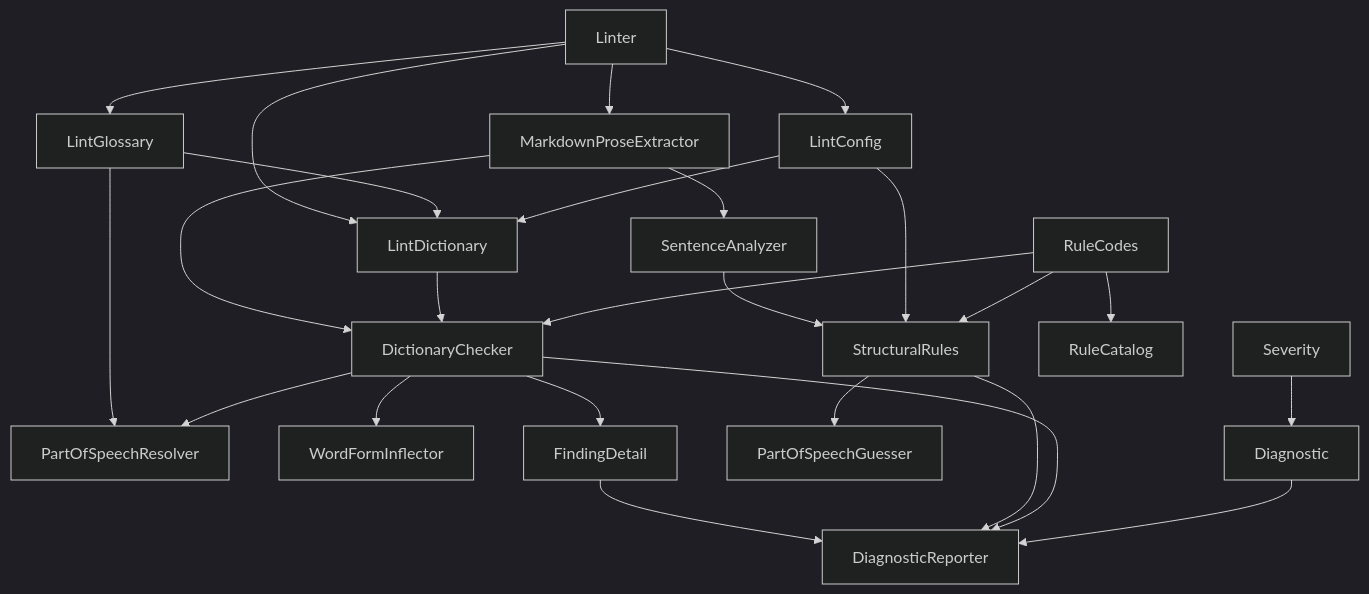
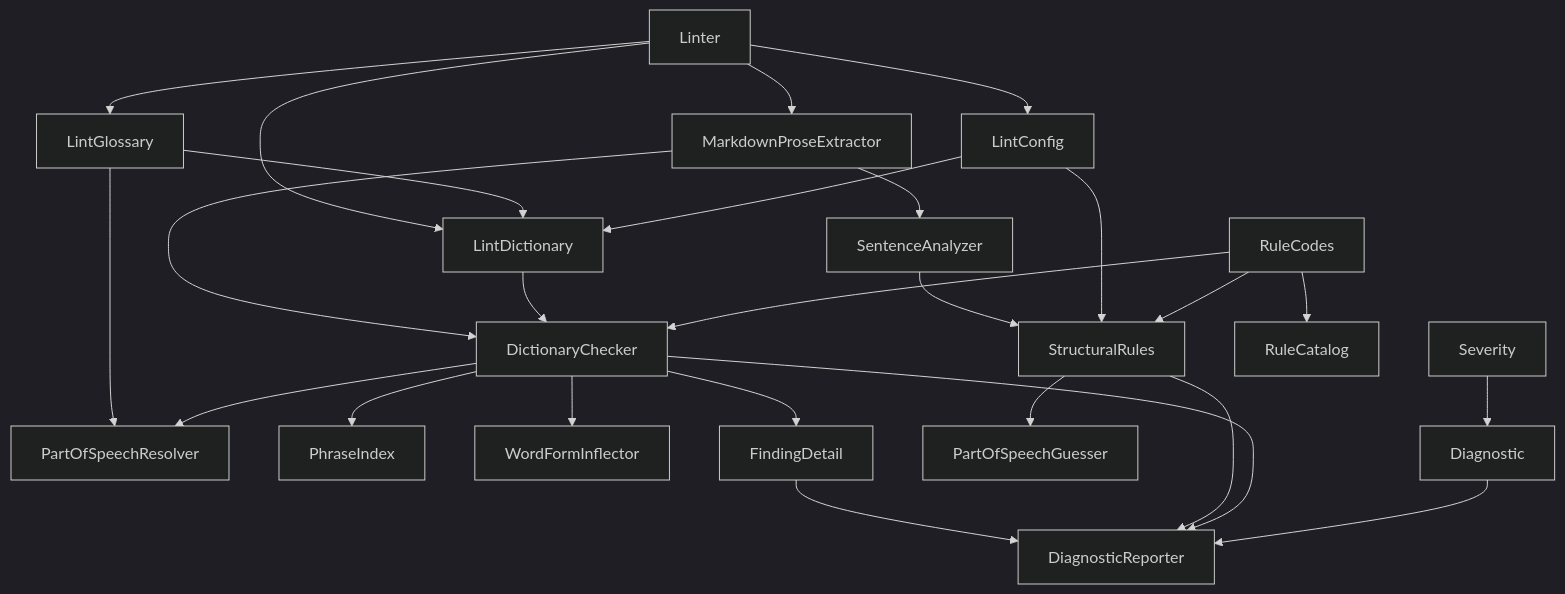
One commit to demaconsulting/Ste100Mark changed the diagram in docs/design/ste100-mark/linting.md. Above: the diagram before and after it, drawn with Mermaid (dark theme). The commit also changed other lines of this file and 25 other files, not shown here.

First line of the commit message:
Treat glossary and explicit allow-in-phrase entries as phrase allowances via PhraseIndex (#63)

````diff
--- a/docs/design/ste100-mark/linting.md
+++ b/docs/design/ste100-mark/linting.md
@@ -122,27 +126,28 @@
 ```mermaid
 flowchart TD
     Linter --> LintConfig
     Linter --> LintDictionary
     Linter --> LintGlossary
     LintGlossary --> LintDictionary
     LintGlossary --> PartOfSpeechResolver
     Linter --> MarkdownProseExtractor
     MarkdownProseExtractor --> SentenceAnalyzer
     MarkdownProseExtractor --> DictionaryChecker
     SentenceAnalyzer --> StructuralRules
     LintConfig --> StructuralRules
     LintConfig --> LintDictionary
     LintDictionary --> DictionaryChecker
     DictionaryChecker --> PartOfSpeechResolver
+    DictionaryChecker --> PhraseIndex
     DictionaryChecker --> WordFormInflector
     DictionaryChecker --> FindingDetail
     FindingDetail --> DiagnosticReporter
     StructuralRules --> PartOfSpeechGuesser
     StructuralRules --> DiagnosticReporter
     DictionaryChecker --> DiagnosticReporter
     Severity --> Diagnostic
     Diagnostic --> DiagnosticReporter
     RuleCodes --> RuleCatalog
     RuleCodes --> StructuralRules
     RuleCodes --> DictionaryChecker
 ```
````
